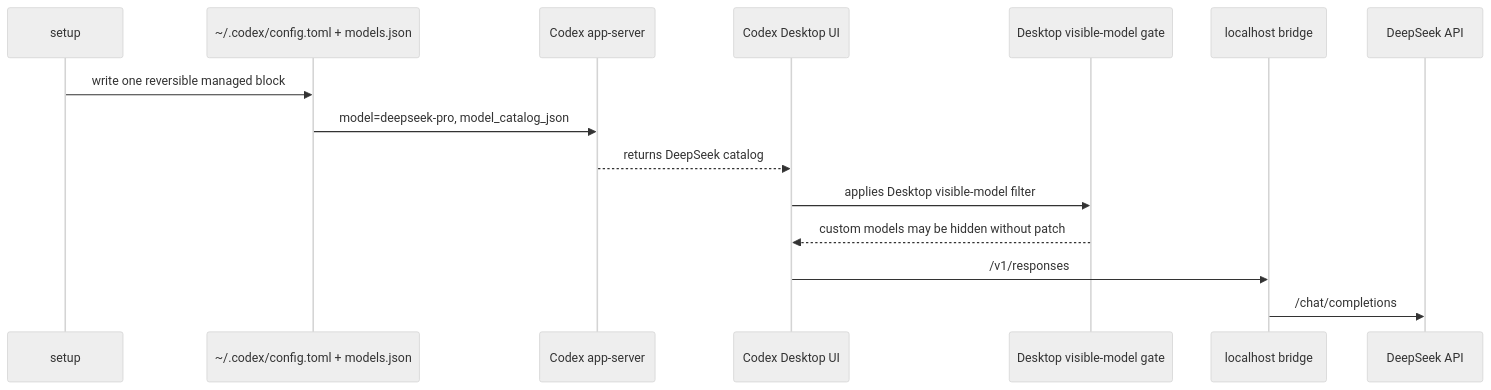
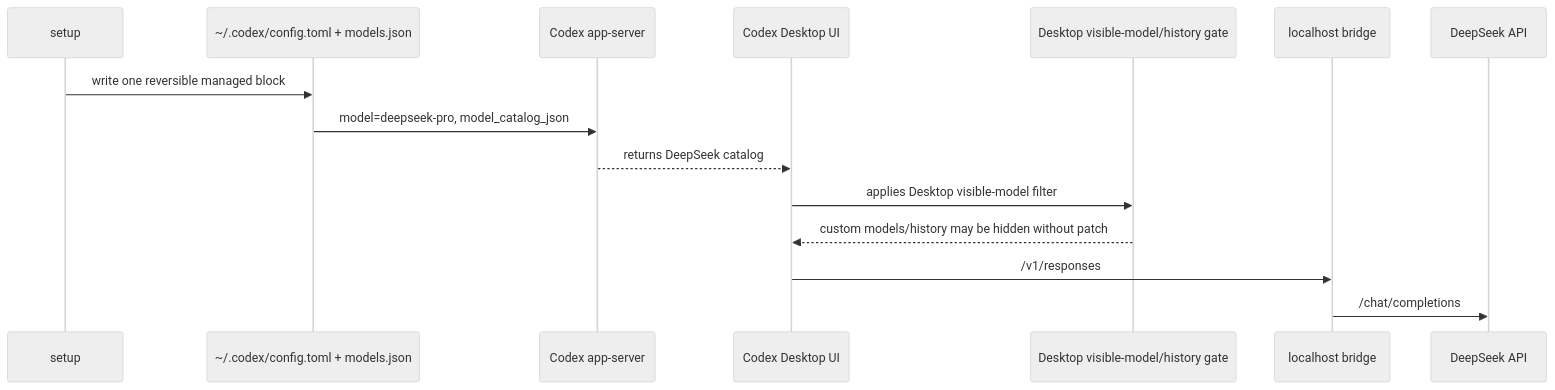
One commit to JetXu-LLM/codex-deepseek-bridge changed the diagram in README.md. Above: the diagram before and after it, drawn with Mermaid (neutral theme). The commit also changed other lines of this file and 20 other files, not shown here.

````diff
--- a/README.md
+++ b/README.md
@@ -86,18 +96,18 @@
 ```mermaid
 sequenceDiagram
   participant Setup as setup
   participant Config as ~/.codex/config.toml + models.json
   participant Server as Codex app-server
   participant UI as Codex Desktop UI
-  participant Gate as Desktop visible-model gate
+  participant Gate as Desktop visible-model/history gate
   participant Bridge as localhost bridge
   participant DS as DeepSeek API
 
   Setup->>Config: write one reversible managed block
   Config->>Server: model=deepseek-pro, model_catalog_json
   Server-->>UI: returns DeepSeek catalog
   UI->>Gate: applies Desktop visible-model filter
-  Gate-->>UI: custom models may be hidden without patch
+  Gate-->>UI: custom models/history may be hidden without patch
   UI->>Bridge: /v1/responses
   Bridge->>DS: /chat/completions
 ```
````
